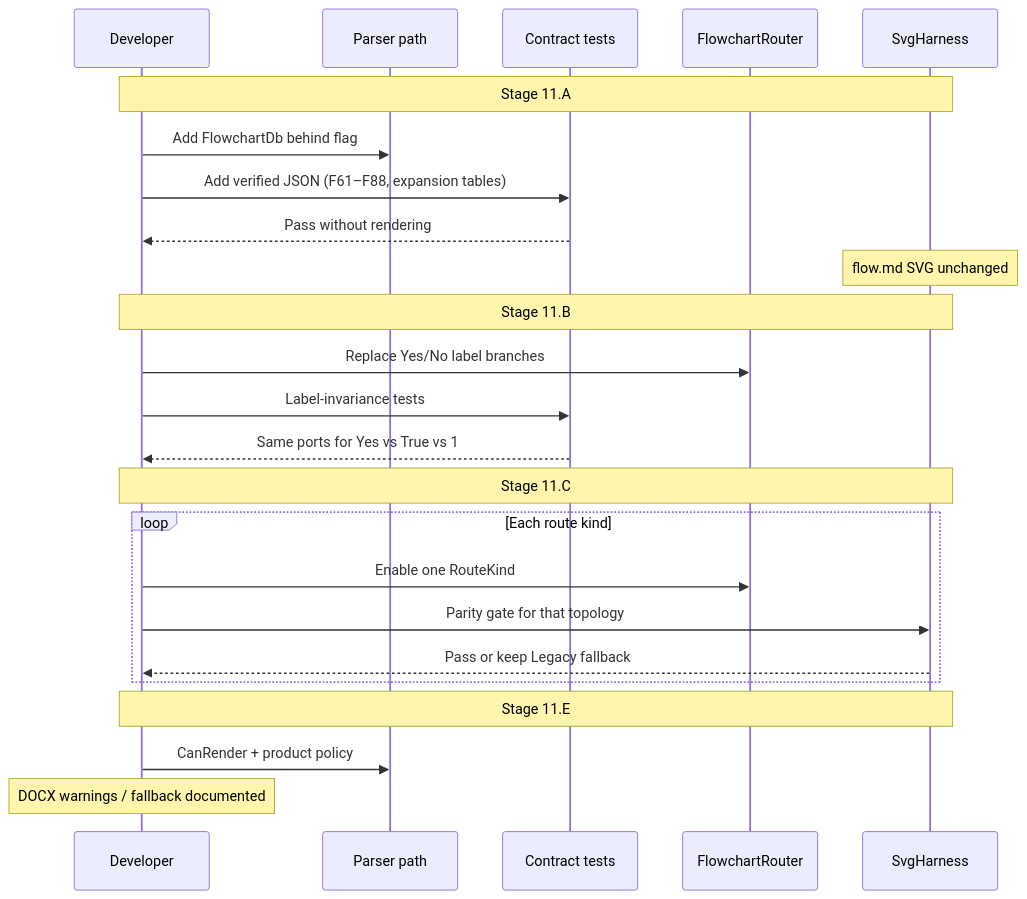
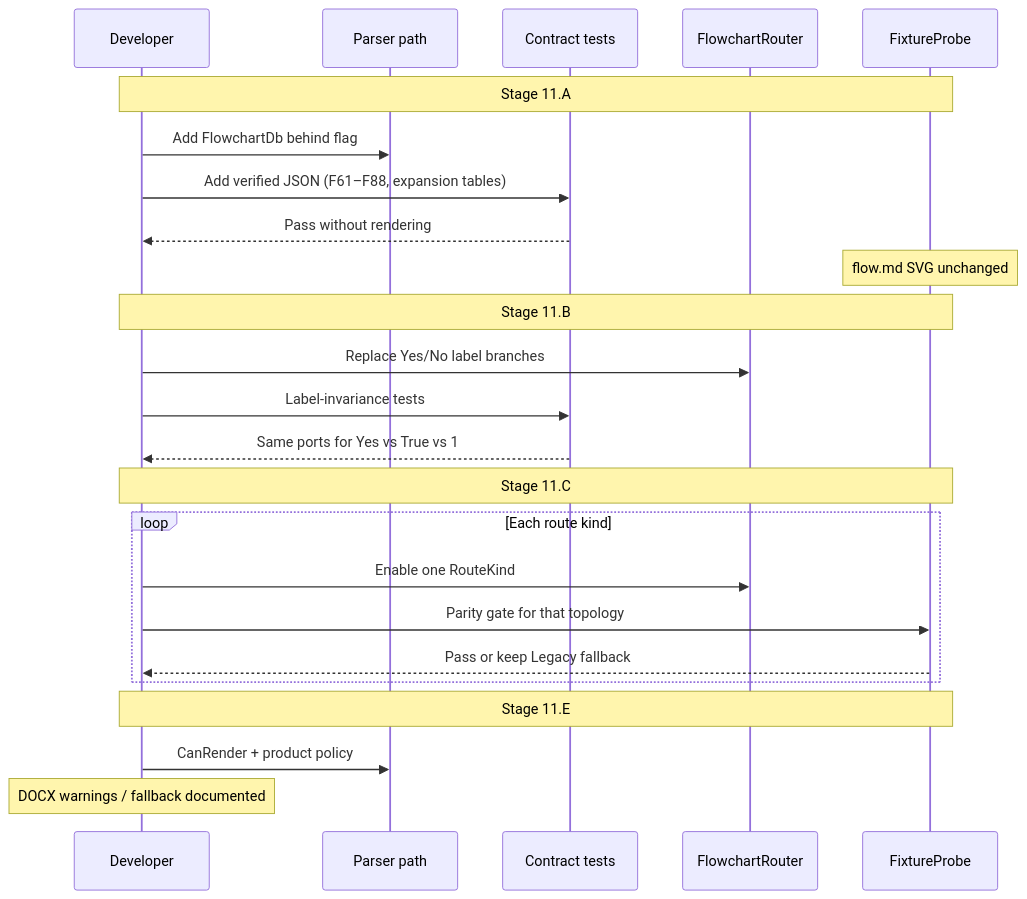
Before and after one commit to VaderConsulting/MarkdownToDocX: diagram 20 of 23 in spec.md, drawn with Mermaid. The commit also changed other lines of this file and 16 other files, not shown here.

````diff
--- a/spec.md
+++ b/spec.md
@@ -2608,30 +2611,30 @@
 ```mermaid
 sequenceDiagram
   participant Dev as Developer
   participant Parser as Parser path
   participant Tests as Contract tests
   participant Router as FlowchartRouter
-  participant Harness as SvgHarness
+  participant Harness as FixtureProbe
 
   Note over Dev,Harness: Stage 11.A
   Dev->>Parser: Add FlowchartDb behind flag
   Dev->>Tests: Add verified JSON (F61–F88, expansion tables)
   Tests-->>Dev: Pass without rendering
   Note over Harness: flow.md SVG unchanged
 
   Note over Dev,Harness: Stage 11.B
   Dev->>Router: Replace Yes/No label branches
   Dev->>Tests: Label-invariance tests
   Tests-->>Dev: Same ports for Yes vs True vs 1
 
   Note over Dev,Harness: Stage 11.C
   loop Each route kind
     Dev->>Router: Enable one RouteKind
     Dev->>Harness: Parity gate for that topology
     Harness-->>Dev: Pass or keep Legacy fallback
   end
 
   Note over Dev,Harness: Stage 11.E
   Dev->>Parser: CanRender + product policy
   Note over Dev: DOCX warnings / fallback documented
 ```
````
